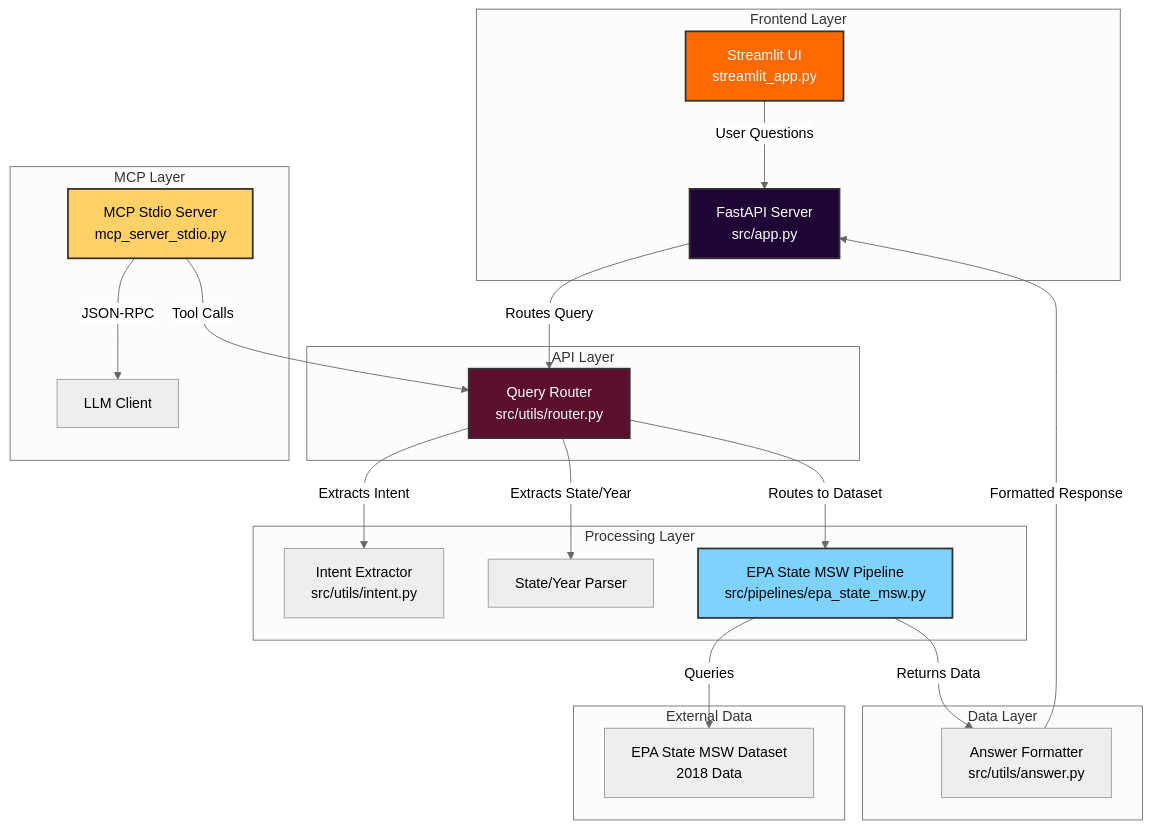
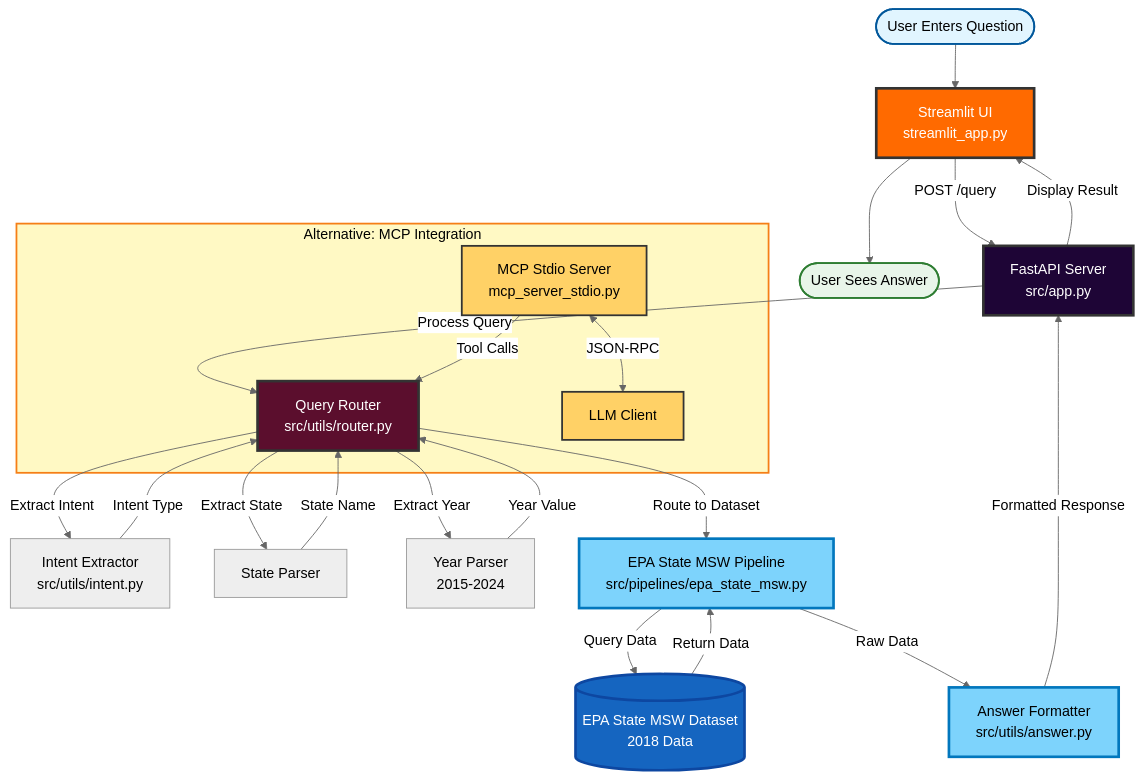
One commit to manasa123104/WasteTrace changed the first of 2 diagrams in docs/ARCHITECTURE.md. Above: the diagram before and after it, drawn with Mermaid (neutral theme). The commit also changed other lines of this file and 1 other file, not shown here.

Commit message:
Improve architecture diagrams for better clarity and flow visualization

````diff
--- a/docs/ARCHITECTURE.md
+++ b/docs/ARCHITECTURE.md
@@ -9,42 +11,46 @@
 ```mermaid
-graph TB
-    subgraph "Frontend Layer"
-        UI[Streamlit UI<br/>streamlit_app.py]
-        UI -->|User Questions| API
+flowchart TD
+    Start([User Enters Question]) --> UI[Streamlit UI<br/>streamlit_app.py]
+    
+    UI -->|POST /query| API[FastAPI Server<br/>src/app.py]
+    
+    API -->|Process Query| Router[Query Router<br/>src/utils/router.py]
+    
+    Router -->|Extract Intent| Intent[Intent Extractor<br/>src/utils/intent.py]
+    Router -->|Extract State| StateParser[State Parser]
+    Router -->|Extract Year| YearParser[Year Parser<br/>2015-2024]
+    
+    Intent -->|Intent Type| Router
+    StateParser -->|State Name| Router
+    YearParser -->|Year Value| Router
+    
+    Router -->|Route to Dataset| Pipeline[EPA State MSW Pipeline<br/>src/pipelines/epa_state_msw.py]
+    
+    Pipeline -->|Query Data| EPA[(EPA State MSW Dataset<br/>2018 Data)]
+    EPA -->|Return Data| Pipeline
+    
+    Pipeline -->|Raw Data| Answer[Answer Formatter<br/>src/utils/answer.py]
+    
+    Answer -->|Formatted Response| API
+    API -->|Display Result| UI
+    UI --> End([User Sees Answer])
+    
+    subgraph MCP[Alternative: MCP Integration]
+        MCP_Server[MCP Stdio Server<br/>mcp_server_stdio.py]
+        LLM[LLM Client]
+        MCP_Server <-->|JSON-RPC| LLM
+        MCP_Server -->|Tool Calls| Router
     end
     
-    subgraph "API Layer"
-        API[FastAPI Server<br/>src/app.py]
-        API -->|Routes Query| Router
-    end
-    
-    subgraph "Processing Layer"
-        Router[Query Router<br/>src/utils/router.py]
-        Router -->|Extracts Intent| Intent[Intent Extractor<br/>src/utils/intent.py]
-        Router -->|Extracts State/Year| Parser[State/Year Parser]
-        Router -->|Routes to Dataset| Pipeline
-    end
-    
-    subgraph "Data Layer"
-        Pipeline[EPA State MSW Pipeline<br/>src/pipelines/epa_state_msw.py]
-        Pipeline -->|Returns Data| Answer[Answer Formatter<br/>src/utils/answer.py]
-        Answer -->|Formatted Response| API
-    end
-    
-    subgraph "MCP Layer"
-        MCP[MCP Stdio Server<br/>mcp_server_stdio.py]
-        MCP -->|Tool Calls| Router
-        MCP -->|JSON-RPC| LLM[LLM Client]
-    end
-    
-    subgraph "External Data"
-        EPA[EPA State MSW Dataset<br/>2018 Data]
-        Pipeline -->|Queries| EPA
-    end
-    
-    style UI fill:#ff6a00,stroke:#333,stroke-width:2px,color:#fff
-    style API fill:#1e0536,stroke:#333,stroke-width:2px,color:#fff
-    style Router fill:#5b0e2d,stroke:#333,stroke-width:2px,color:#fff
-    style Pipeline fill:#7dd3fc,stroke:#333,stroke-width:2px,color:#000
-    style MCP fill:#ffd166,stroke:#333,stroke-width:2px,color:#000
+    style Start fill:#e1f5ff,stroke:#01579b,stroke-width:2px
+    style End fill:#e8f5e9,stroke:#2e7d32,stroke-width:2px
+    style UI fill:#ff6a00,stroke:#333,stroke-width:3px,color:#fff
+    style API fill:#1e0536,stroke:#333,stroke-width:3px,color:#fff
+    style Router fill:#5b0e2d,stroke:#333,stroke-width:3px,color:#fff
+    style Pipeline fill:#7dd3fc,stroke:#0277bd,stroke-width:3px,color:#000
+    style Answer fill:#7dd3fc,stroke:#0277bd,stroke-width:3px,color:#000
+    style EPA fill:#1565c0,stroke:#0d47a1,stroke-width:3px,color:#fff
+    style MCP fill:#fff9c4,stroke:#f57f17,stroke-width:2px,color:#000
+    style MCP_Server fill:#ffd166,stroke:#333,stroke-width:2px,color:#000
+    style LLM fill:#ffd166,stroke:#333,stroke-width:2px,color:#000
 ```
````
